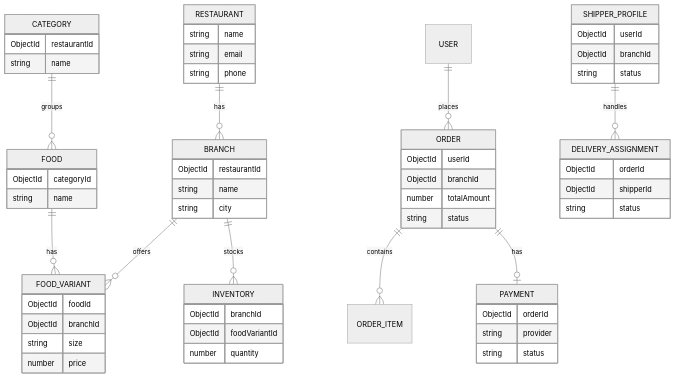
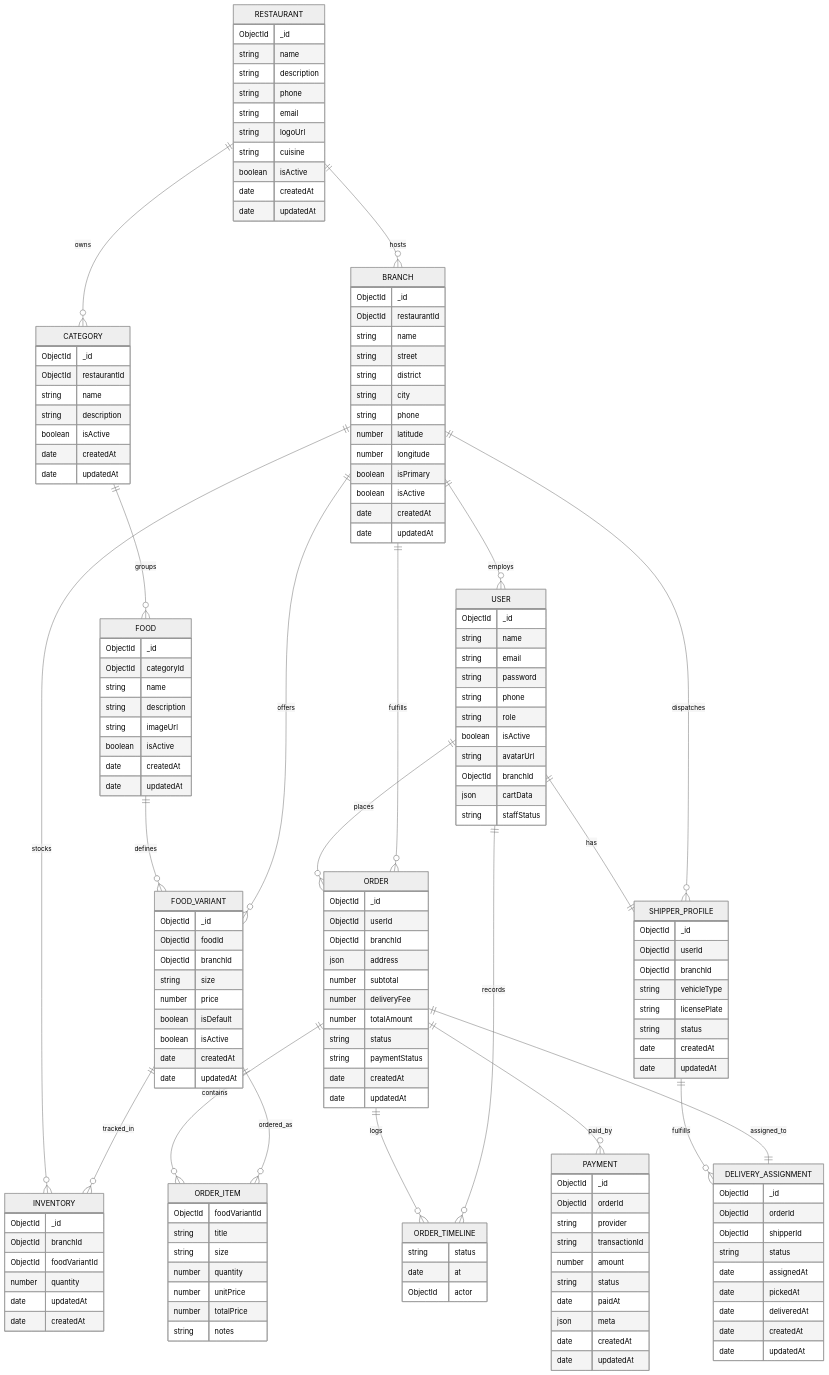
One commit to ntquoctien/FastFoodOnline changed the second of 2 diagrams in docs/diagrams.md. Above: the diagram before and after it, drawn with Mermaid (neutral theme). The commit also changed other lines of this file and 16 other files, not shown here.

````diff
--- a/docs/diagrams.md
+++ b/docs/diagrams.md
@@ -19,63 +19,161 @@
 ```mermaid
 erDiagram
-  RESTAURANT ||--o{ BRANCH : has
-  BRANCH ||--o{ FOOD_VARIANT : offers
-  CATEGORY ||--o{ FOOD : groups
-  FOOD ||--o{ FOOD_VARIANT : has
-  BRANCH ||--o{ INVENTORY : stocks
-  USER ||--o{ ORDER : places
-  ORDER ||--o{ ORDER_ITEM : contains
-  ORDER ||--o| PAYMENT : has
-  SHIPPER_PROFILE ||--o{ DELIVERY_ASSIGNMENT : handles
+  RESTAURANT ||--o{ BRANCH : "hosts"
+  RESTAURANT ||--o{ CATEGORY : "owns"
+  CATEGORY ||--o{ FOOD : "groups"
+  FOOD ||--o{ FOOD_VARIANT : "defines"
+  BRANCH ||--o{ FOOD_VARIANT : "offers"
+  BRANCH ||--o{ INVENTORY : "stocks"
+  FOOD_VARIANT ||--o{ INVENTORY : "tracked_in"
+  USER ||--o{ ORDER : "places"
+  BRANCH ||--o{ ORDER : "fulfills"
+  ORDER ||--o{ ORDER_ITEM : "contains"
+  FOOD_VARIANT ||--o{ ORDER_ITEM : "ordered_as"
+  ORDER ||--o{ ORDER_TIMELINE : "logs"
+  USER ||--o{ ORDER_TIMELINE : "records"
+  ORDER ||--o{ PAYMENT : "paid_by"
+  USER ||--|| SHIPPER_PROFILE : "has"
+  BRANCH ||--o{ SHIPPER_PROFILE : "dispatches"
+  SHIPPER_PROFILE ||--o{ DELIVERY_ASSIGNMENT : "fulfills"
+  ORDER ||--|| DELIVERY_ASSIGNMENT : "assigned_to"
+  BRANCH ||--o{ USER : "employs"
 
   RESTAURANT {
+    ObjectId _id
     string name
+    string description
+    string phone
     string email
-    string phone
+    string logoUrl
+    string cuisine
+    boolean isActive
+    date createdAt
+    date updatedAt
   }
   BRANCH {
+    ObjectId _id
     ObjectId restaurantId
     string name
+    string street
+    string district
     string city
+    string phone
+    number latitude
+    number longitude
+    boolean isPrimary
+    boolean isActive
+    date createdAt
+    date updatedAt
   }
   CATEGORY {
+    ObjectId _id
     ObjectId restaurantId
     string name
+    string description
+    boolean isActive
+    date createdAt
+    date updatedAt
   }
   FOOD {
+    ObjectId _id
     ObjectId categoryId
     string name
+    string description
+    string imageUrl
+    boolean isActive
+    date createdAt
+    date updatedAt
   }
   FOOD_VARIANT {
+    ObjectId _id
     ObjectId foodId
     ObjectId branchId
     string size
     number price
+    boolean isDefault
+    boolean isActive
+    date createdAt
+    date updatedAt
   }
   INVENTORY {
+    ObjectId _id
     ObjectId branchId
     ObjectId foodVariantId
     number quantity
+    date updatedAt
+    date createdAt
+  }
+  USER {
+    ObjectId _id
+    string name
+    string email
+    string password
+    string phone
+    string role
+    boolean isActive
+    string avatarUrl
+    ObjectId branchId
+    json cartData
+    string staffStatus
   }
   ORDER {
+    ObjectId _id
     ObjectId userId
     ObjectId branchId
+    json address
+    number subtotal
+    number deliveryFee
     number totalAmount
     string status
+    string paymentStatus
+    date createdAt
+    date updatedAt
+  }
+  ORDER_ITEM {
+    ObjectId foodVariantId
+    string title
+    string size
+    number quantity
+    number unitPrice
+    number totalPrice
+    string notes
+  }
+  ORDER_TIMELINE {
+    string status
+    date at
+    ObjectId actor
   }
   PAYMENT {
+    ObjectId _id
     ObjectId orderId
     string provider
+    string transactionId
+    number amount
     string status
+    date paidAt
+    json meta
+    date createdAt
+    date updatedAt
   }
   SHIPPER_PROFILE {
+    ObjectId _id
     ObjectId userId
     ObjectId branchId
+    string vehicleType
+    string licensePlate
     string status
+    date createdAt
+    date updatedAt
   }
   DELIVERY_ASSIGNMENT {
+    ObjectId _id
     ObjectId orderId
     ObjectId shipperId
     string status
+    date assignedAt
+    date pickedAt
+    date deliveredAt
+    date createdAt
+    date updatedAt
   }
 ```
````
